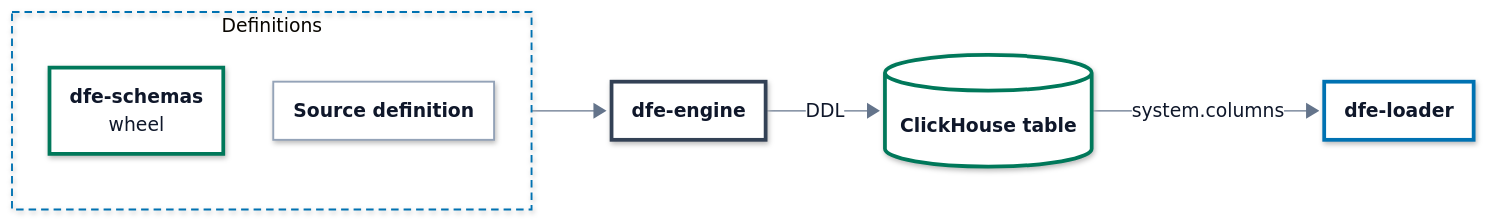
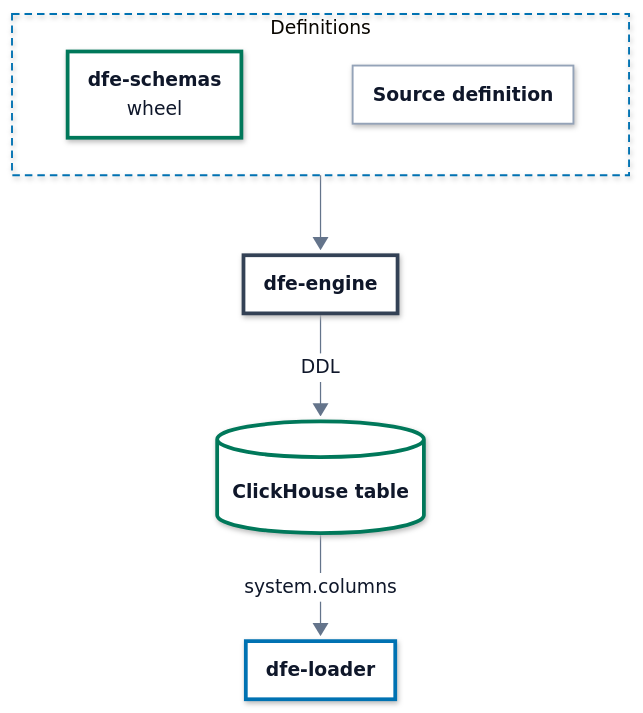
One commit to hyperi-io/dfe-engine changed the diagram in docs/data-plane/schema-sync.md. Above: the diagram before and after it, drawn with Mermaid. The commit also changed 32 other files, not shown here.

First line of the commit message:
docs(architecture): engine page to the standard, diagrams to 860 px (#1209)

````diff
--- a/docs/data-plane/schema-sync.md
+++ b/docs/data-plane/schema-sync.md
@@ -58,13 +58,15 @@
     .ui .label-icon{color:#D9480F}
     .ext .label-icon{color:#64748B}
 ---
-flowchart LR
+flowchart TB
   accTitle: L4 Detail -- Engine and loader schema contract
   accDescr: The dfe-schemas wheel and the source definition feed the engine. The engine renders the DDL and applies it to the ClickHouse table. dfe-loader reads the table's columns and comments back from system.columns.
 
   subgraph defs["Definitions"]
+    direction LR
     schemas["<b>dfe-schemas</b><br/><span>wheel</span>"]
     source["<b>Source definition</b>"]
+    schemas ~~~ source
   end
 
   engine["<b>dfe-engine</b>"]
@@ -76,6 +78,10 @@
   defs --> engine
   engine -->|DDL| table
   table -->|system.columns| loader
+  class loader load
+  class schemas,table store
+  class engine control
+  class source part
   classDef ext fill:#F4F6F8,stroke:#94A3B8,stroke-width:1.5px,stroke-dasharray:5 4,color:#0F172A
   classDef ingest fill:#FFFFFF,stroke:#0E8A7D,stroke-width:3px,color:#0F172A
   classDef xform fill:#FFFFFF,stroke:#7B4FB0,stroke-width:3px,color:#0F172A
@@ -87,9 +93,5 @@
   classDef error fill:#FFFFFF,stroke:#C2410C,stroke-width:3px,color:#0F172A
   classDef control fill:#FFFFFF,stroke:#334155,stroke-width:3px,color:#0F172A
   classDef part fill:#FFFFFF,stroke:#94A3B8,stroke-width:1.5px,color:#0F172A
-  class loader load
-  class schemas,table store
-  class engine control
-  class source part
   style defs fill:none,stroke:#0072B2,stroke-width:1.5px,stroke-dasharray:6 4
 ```
````
